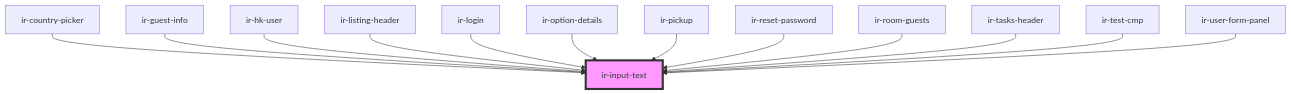
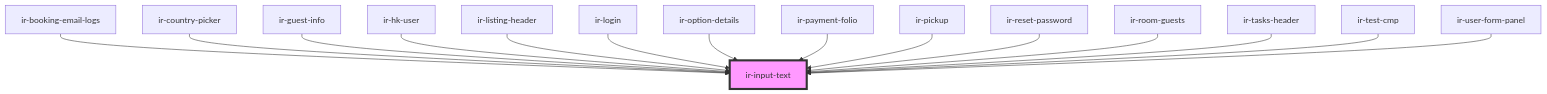
The diagram in src/components/ui/ir-input-text/readme.md (RonyRizk/ir-webcmp), drawn with Mermaid before and after one commit. The commit also changed other lines of this file and 156 other files, not shown here.

````diff
--- a/src/components/ui/ir-input-text/readme.md
+++ b/src/components/ui/ir-input-text/readme.md
@@ -119,16 +122,18 @@
 ```mermaid
 graph TD;
+  ir-booking-email-logs --> ir-input-text
   ir-country-picker --> ir-input-text
   ir-guest-info --> ir-input-text
   ir-hk-user --> ir-input-text
   ir-listing-header --> ir-input-text
   ir-login --> ir-input-text
   ir-option-details --> ir-input-text
+  ir-payment-folio --> ir-input-text
   ir-pickup --> ir-input-text
   ir-reset-password --> ir-input-text
   ir-room-guests --> ir-input-text
   ir-tasks-header --> ir-input-text
   ir-test-cmp --> ir-input-text
   ir-user-form-panel --> ir-input-text
   style ir-input-text fill:#f9f,stroke:#333,stroke-width:4px
 ```
````
